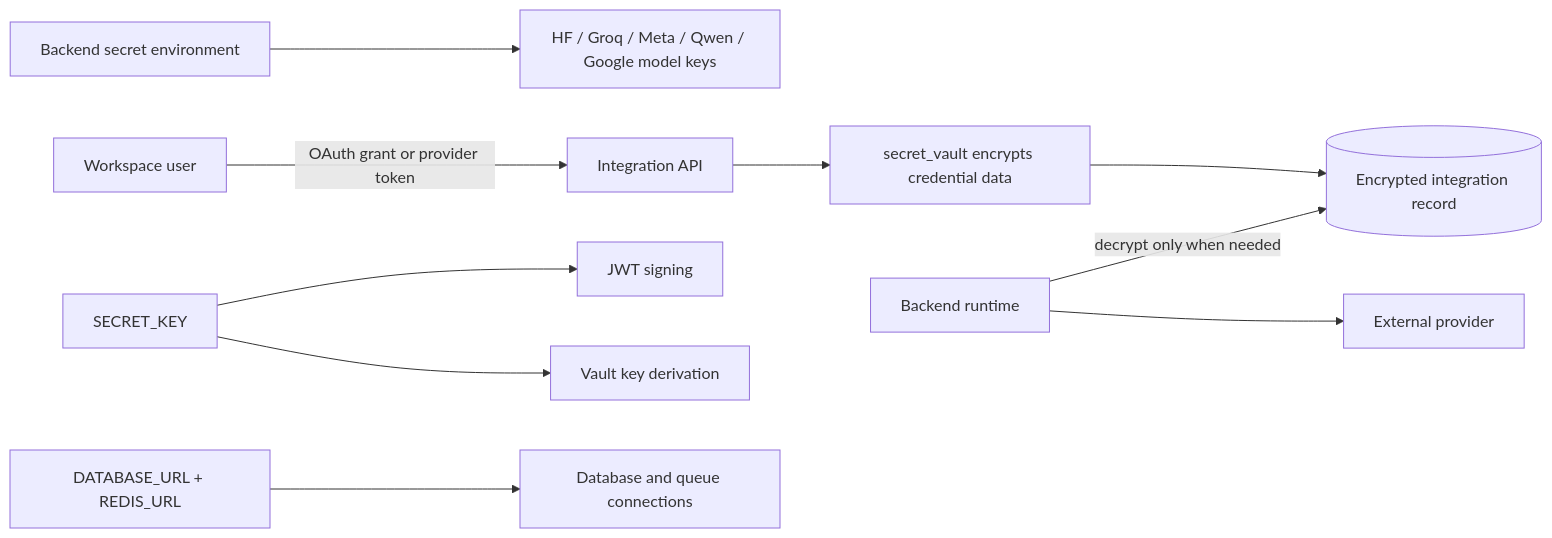
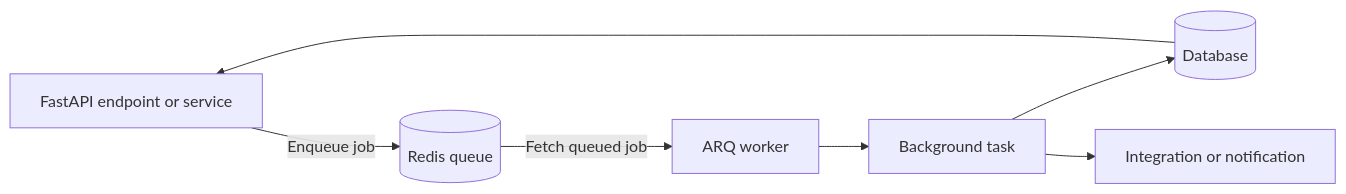
The fifth of 5 diagrams in README.md (Operon-Operation-Platform/backend), drawn with Mermaid before and after one commit. The commit also changed other lines of this file, not shown here.

````diff
--- a/README.md
+++ b/README.md
@@ -164,12 +168,9 @@
 ```mermaid
 flowchart LR
-    Env[Backend secret environment] --> Model[HF / Groq / Meta / Qwen / Google model keys]
-    User[Workspace user] -->|OAuth grant or provider token| Integration[Integration API]
-    Integration --> Encrypt[secret_vault encrypts credential data]
-    Encrypt --> DB[(Encrypted integration record)]
-    Runtime[Backend runtime] -->|decrypt only when needed| DB
-    Runtime --> Provider[External provider]
-    Secret[SECRET_KEY] --> JWT[JWT signing]
-    Secret --> VaultKey[Vault key derivation]
-    DBURL[DATABASE_URL + REDIS_URL] --> Services[Database and queue connections]
+    API[FastAPI endpoint or service] -->|Enqueue job| REDIS[(Redis queue)]
+    REDIS -->|Fetch queued job| ARQ[ARQ worker]
+    ARQ --> TASK[Background task]
+    TASK --> DB[(Database)]
+    TASK --> EXT[Integration or notification]
+    DB --> API
 ```
````
